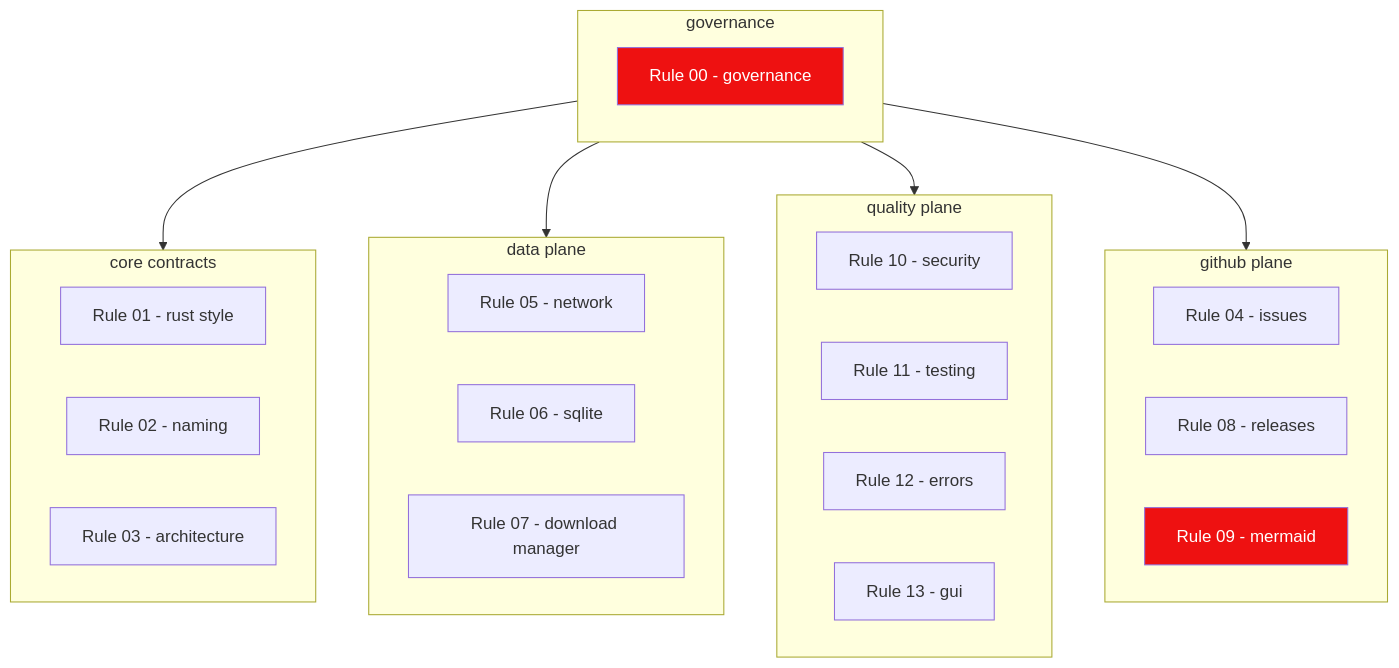
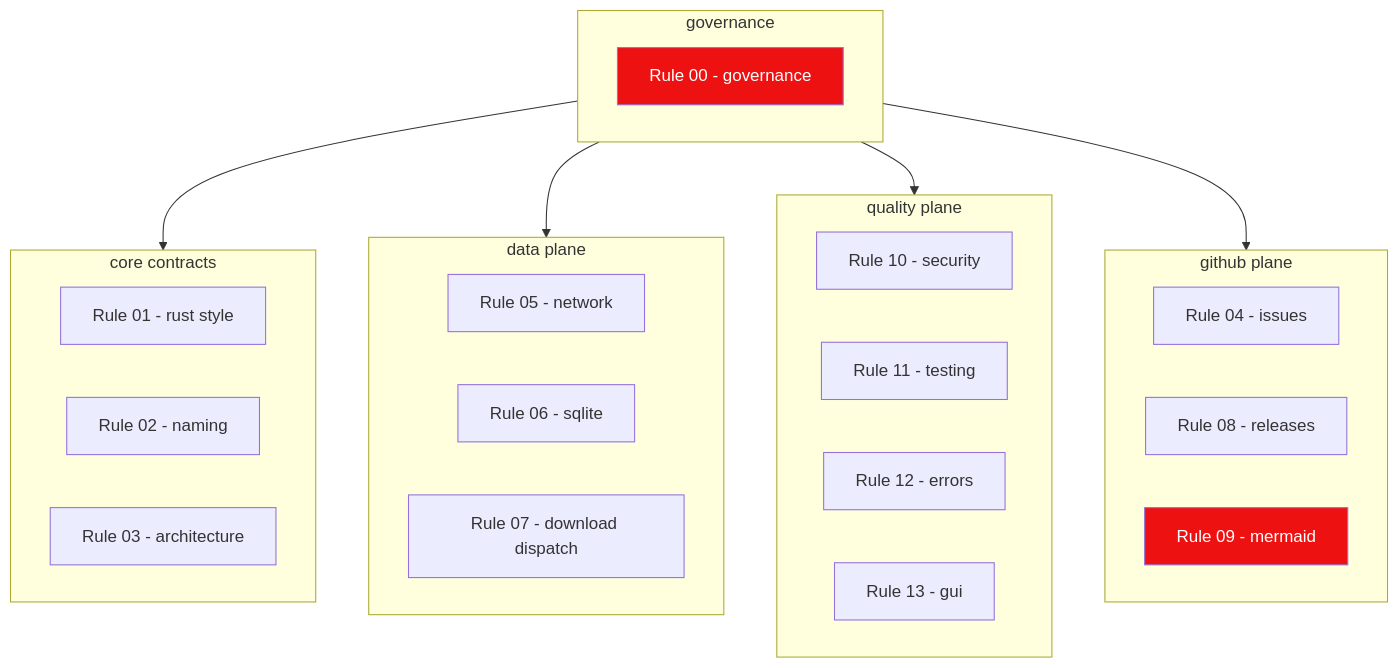
One commit to HELIX-Origin/LewdZone-Launcher changed the diagram in .agents/rules/index.md. Above: the diagram before and after it, drawn with Mermaid. The commit also changed other lines of this file and 45 other files, not shown here.

````diff
--- a/.agents/rules/index.md
+++ b/.agents/rules/index.md
@@ -25,33 +25,33 @@
 ```mermaid
 flowchart TD
     subgraph G["governance"]
         R00["Rule 00 - governance"]
     end
     subgraph C["core contracts"]
         R01["Rule 01 - rust style"]
         R02["Rule 02 - naming"]
         R03["Rule 03 - architecture"]
     end
     subgraph D["data plane"]
         R05["Rule 05 - network"]
         R06["Rule 06 - sqlite"]
-        R07["Rule 07 - download manager"]
+        R07["Rule 07 - download dispatch"]
     end
     subgraph Q["quality plane"]
         R10["Rule 10 - security"]
         R11["Rule 11 - testing"]
         R12["Rule 12 - errors"]
         R13["Rule 13 - gui"]
     end
     subgraph X["github plane"]
         R04["Rule 04 - issues"]
         R08["Rule 08 - releases"]
         R09["Rule 09 - mermaid"]
     end
     G --> C
     G --> D
     G --> Q
     G --> X
     style R00 fill:#e11,color:#fff
     style R09 fill:#e11,color:#fff
 ```
````
